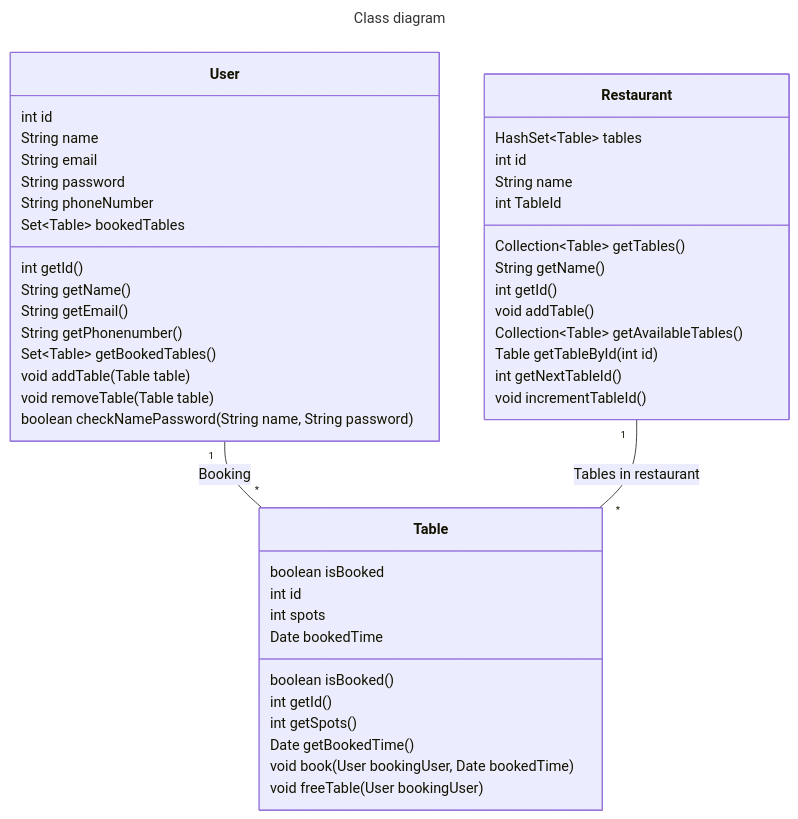
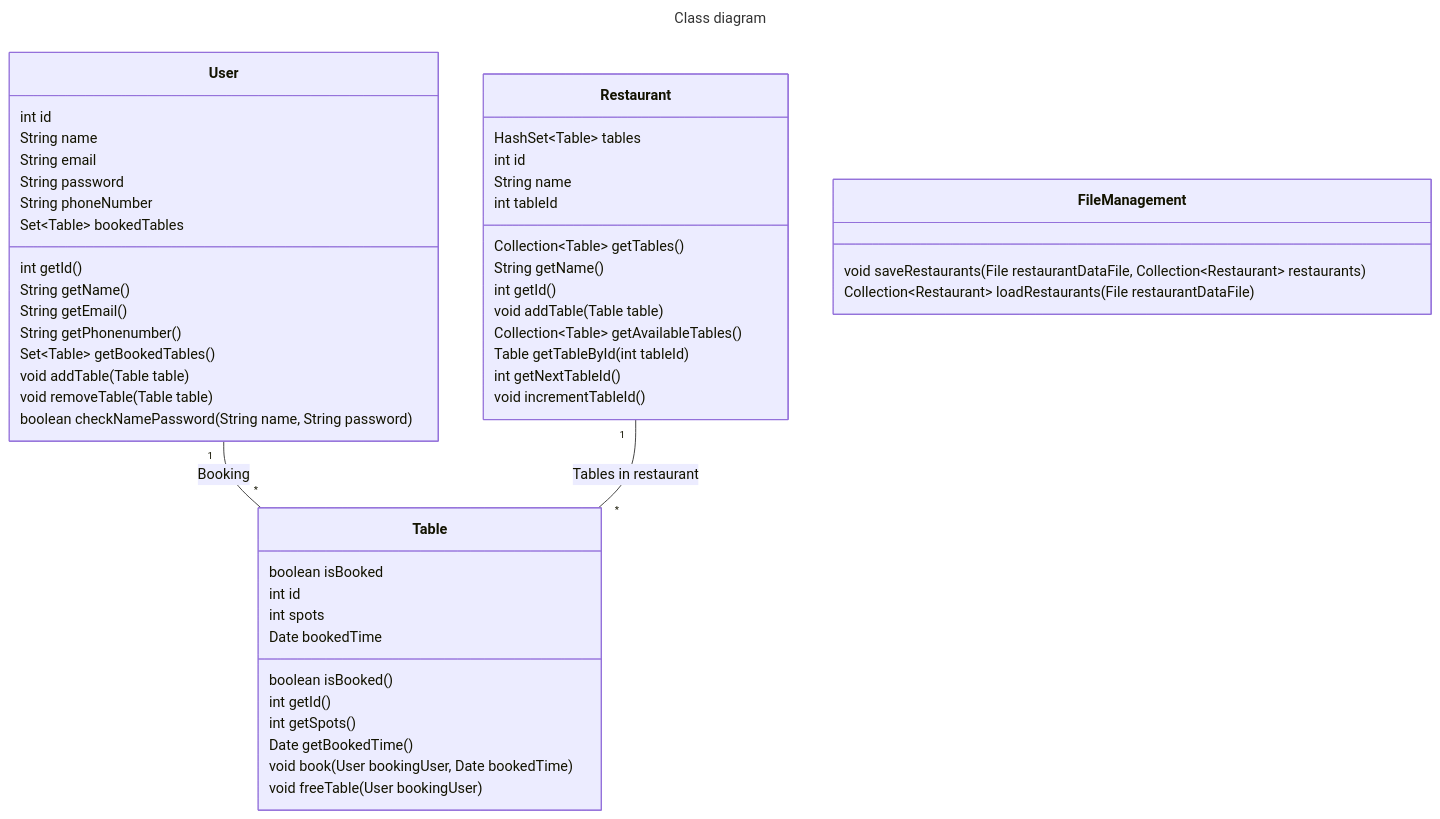
Before and after one commit to marsun02/IT1901_Booking_Manager: the diagram in class-diagram.md, drawn with Mermaid. The commit also changed 1 other file, not shown here.

Commit message:
docs: :memo: Edited Restaurant.java and added FileManagement.java in class-diagram.md #70
Also removed unused import in FileManagement.java

````diff
--- a/class-diagram.md
+++ b/class-diagram.md
@@ -1,59 +1,65 @@
 ```mermaid
 ---
 title: Class diagram
 ---
 
 classDiagram
     class Table{
         boolean isBooked
         int id
         int spots
         Date bookedTime
 
         boolean isBooked()
         int getId()
         int getSpots()
         Date getBookedTime()
         void book(User bookingUser, Date bookedTime)
         void freeTable(User bookingUser)
     }
 
     class User{
         int id
         String name
         String email
         String password
         String phoneNumber
         Set&lt;Table&gt bookedTables
 
         int getId()
         String getName()
         String getEmail()
         String getPhonenumber()
         Set&lt;Table&gt getBookedTables()
         void addTable(Table table)
         void removeTable(Table table)
         boolean checkNamePassword(String name, String password)
     }
 
     class Restaurant{
         
         HashSet&lt;Table&gt; tables
         int id
         String name
-        int TableId
+        int tableId
 
 
         Collection&lt;Table&gt getTables()
         String getName()
         int getId()
-        void addTable()
+        void addTable(Table table)
         Collection&lt;Table&gt getAvailableTables()
-        Table getTableById(int id)
+        Table getTableById(int tableId)
         int getNextTableId()
         void incrementTableId()
+    }
+
+    class FileManagement{
+
+        void saveRestaurants(File restaurantDataFile, Collection&lt;Restaurant&gt restaurants)
+        Collection&lt;Restaurant&gt loadRestaurants(File restaurantDataFile)
     }
 
     User "1" -- "*" Table : Booking
     Restaurant "1" -- "*" Table : Tables in restaurant
 ```
````
